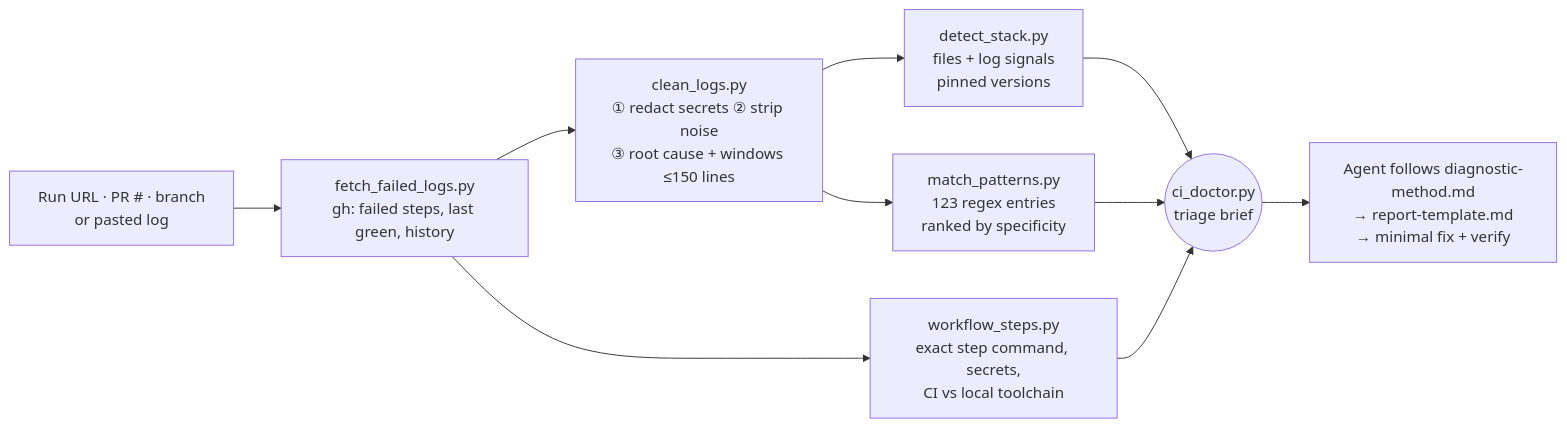
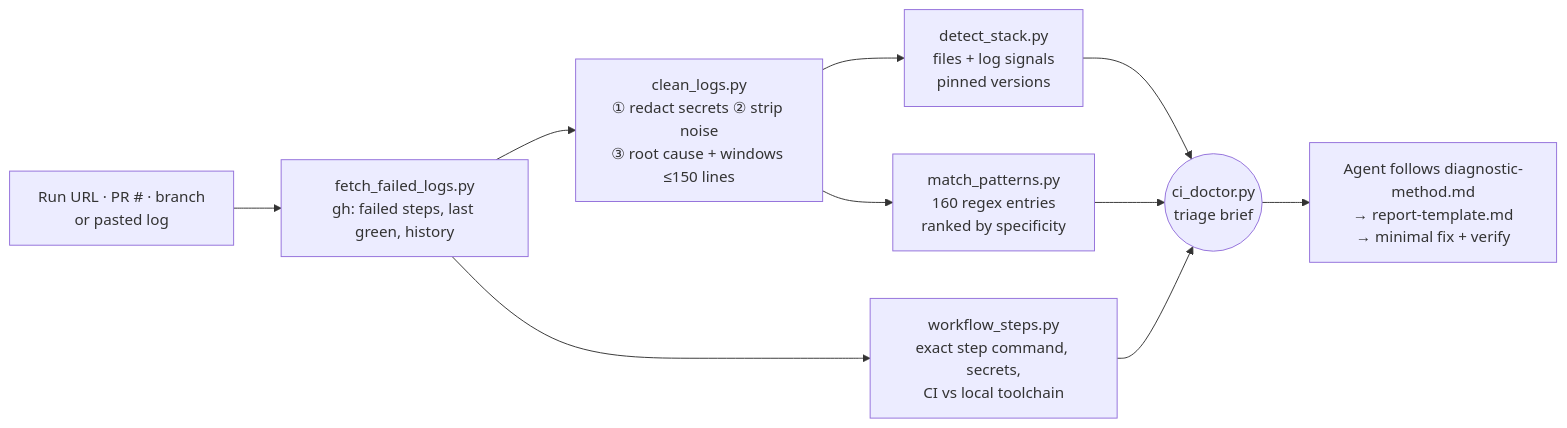
Before and after one commit to hasanat-ahmad/CI-Failure-Explainer: the diagram in README.md, drawn with Mermaid. The commit also changed other lines of this file and 9 other files, not shown here.

````diff
--- a/README.md
+++ b/README.md
@@ -67,12 +67,12 @@
 ```mermaid
 flowchart LR
     A["Run URL · PR # · branch<br/>or pasted log"] --> B["fetch_failed_logs.py<br/>gh: failed steps, last green, history"]
     B --> C["clean_logs.py<br/>① redact secrets ② strip noise<br/>③ root cause + windows ≤150 lines"]
     C --> D["detect_stack.py<br/>files + log signals<br/>pinned versions"]
-    C --> E["match_patterns.py<br/>123 regex entries<br/>ranked by specificity"]
+    C --> E["match_patterns.py<br/>160 regex entries<br/>ranked by specificity"]
     B --> F["workflow_steps.py<br/>exact step command, secrets,<br/>CI vs local toolchain"]
     D --> G(("ci_doctor.py<br/>triage brief"))
     E --> G
     F --> G
     G --> H["Agent follows diagnostic-method.md<br/>→ report-template.md<br/>→ minimal fix + verify"]
 ```
````
